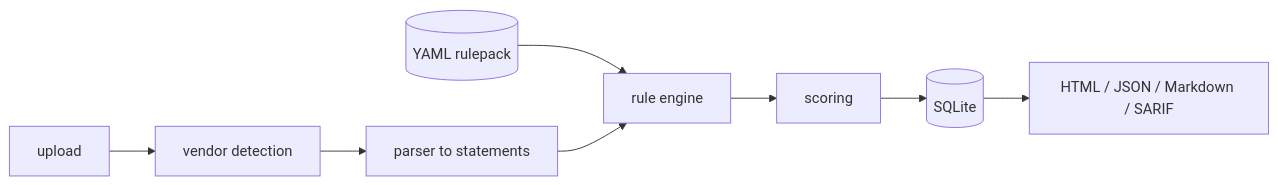
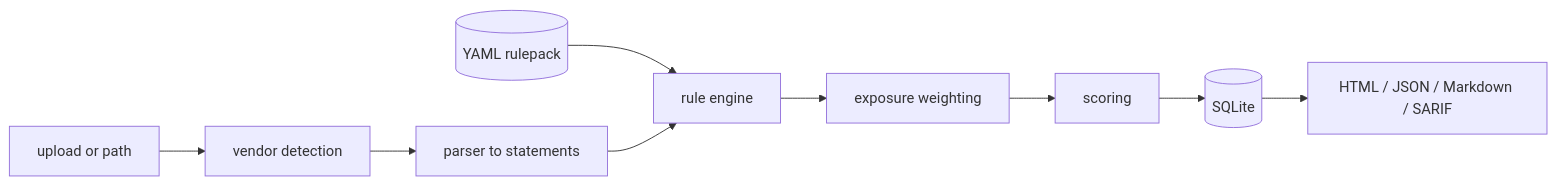
The diagram in README.md (LeoAra03/netaudit), drawn with Mermaid before and after one commit. The commit also changed other lines of this file and 4 other files, not shown here.

````diff
--- a/README.md
+++ b/README.md
@@ -112,10 +83,11 @@
 ```mermaid
 flowchart LR
-    A[upload] --> B[vendor detection]
+    A[upload or path] --> B[vendor detection]
     B --> C[parser to statements]
     D[(YAML rulepack)] --> E[rule engine]
     C --> E
-    E --> F[scoring]
-    F --> G[(SQLite)]
-    G --> H[HTML / JSON / Markdown / SARIF]
+    E --> F[exposure weighting]
+    F --> G[scoring]
+    G --> H[(SQLite)]
+    H --> I[HTML / JSON / Markdown / SARIF]
 ```
````
